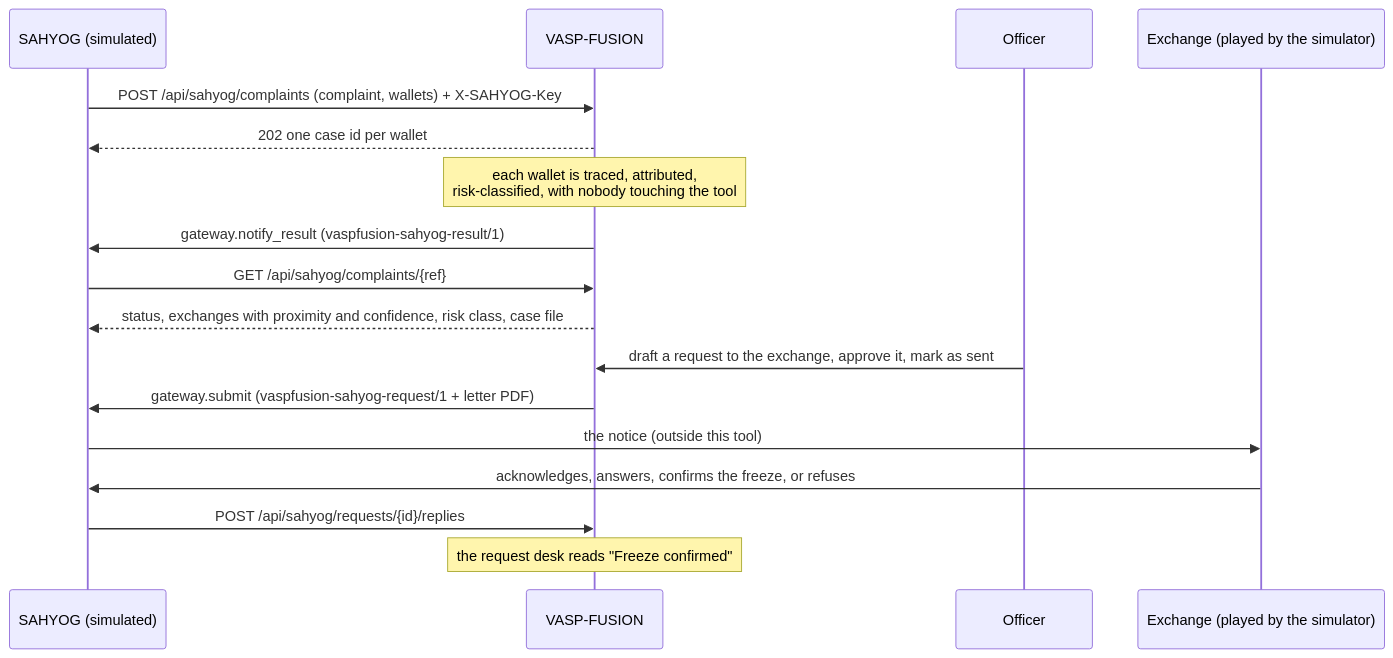
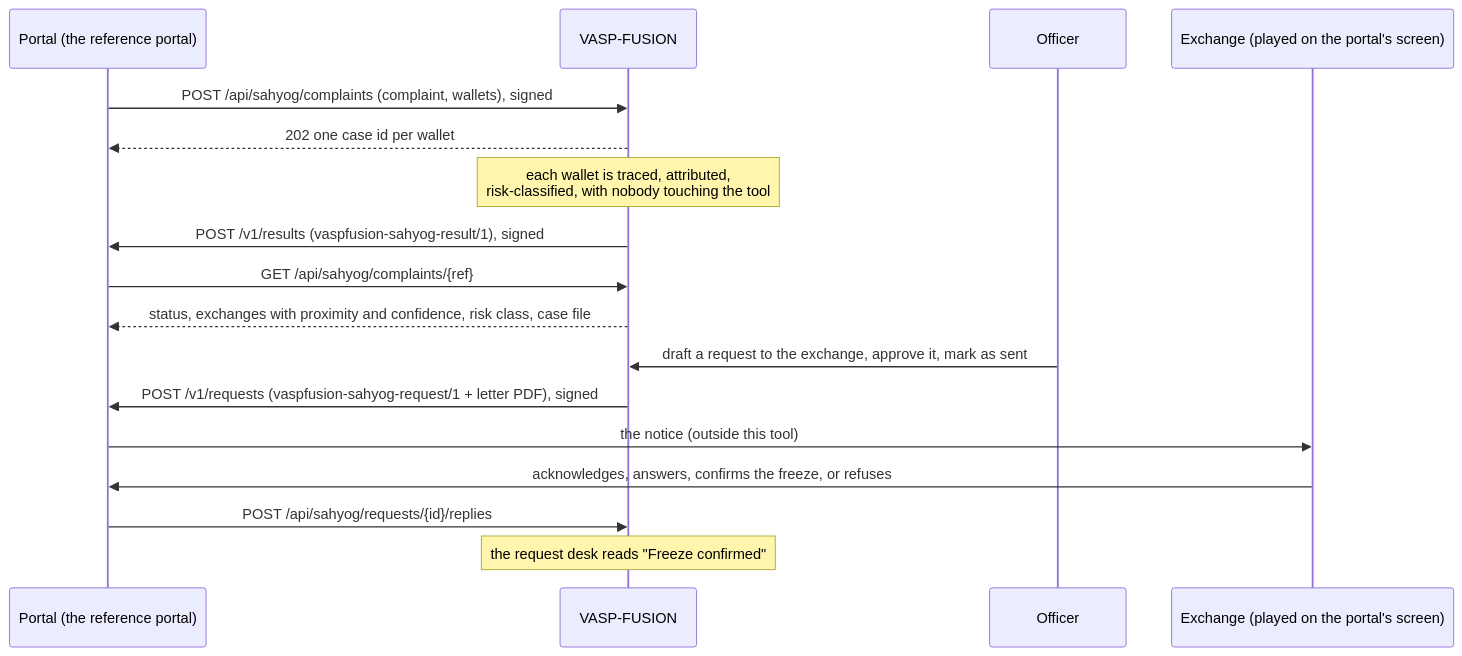
The diagram in docs/sahyog_contract.md (yuri2169/vasp-fusion), drawn with Mermaid before and after one commit. The commit also changed other lines of this file and 19 other files, not shown here.

Commit message:
feat: the simulator screen served by the reference portal; docker compose with both programs; the demo flow and the smoke test drive the round trip over signed HTTP; the contract with its signing scheme and what I4C would need to give; live seconds per trace beside the replayed throughput

````diff
--- a/docs/sahyog_contract.md
+++ b/docs/sahyog_contract.md
@@ -11,19 +18,19 @@
 ```mermaid
 sequenceDiagram
-    participant P as SAHYOG (simulated)
+    participant P as Portal (the reference portal)
     participant V as VASP-FUSION
     participant O as Officer
-    participant X as Exchange (played by the simulator)
-    P->>V: POST /api/sahyog/complaints (complaint, wallets) + X-SAHYOG-Key
+    participant X as Exchange (played on the portal's screen)
+    P->>V: POST /api/sahyog/complaints (complaint, wallets), signed
     V-->>P: 202 one case id per wallet
     Note over V: each wallet is traced, attributed,<br/>risk-classified, with nobody touching the tool
-    V->>P: gateway.notify_result (vaspfusion-sahyog-result/1)
+    V->>P: POST /v1/results (vaspfusion-sahyog-result/1), signed
     P->>V: GET /api/sahyog/complaints/{ref}
     V-->>P: status, exchanges with proximity and confidence, risk class, case file
     O->>V: draft a request to the exchange, approve it, mark as sent
-    V->>P: gateway.submit (vaspfusion-sahyog-request/1 + letter PDF)
+    V->>P: POST /v1/requests (vaspfusion-sahyog-request/1 + letter PDF), signed
     P->>X: the notice (outside this tool)
     X->>P: acknowledges, answers, confirms the freeze, or refuses
     P->>V: POST /api/sahyog/requests/{id}/replies
     Note over V: the request desk reads "Freeze confirmed"
 ```
````
